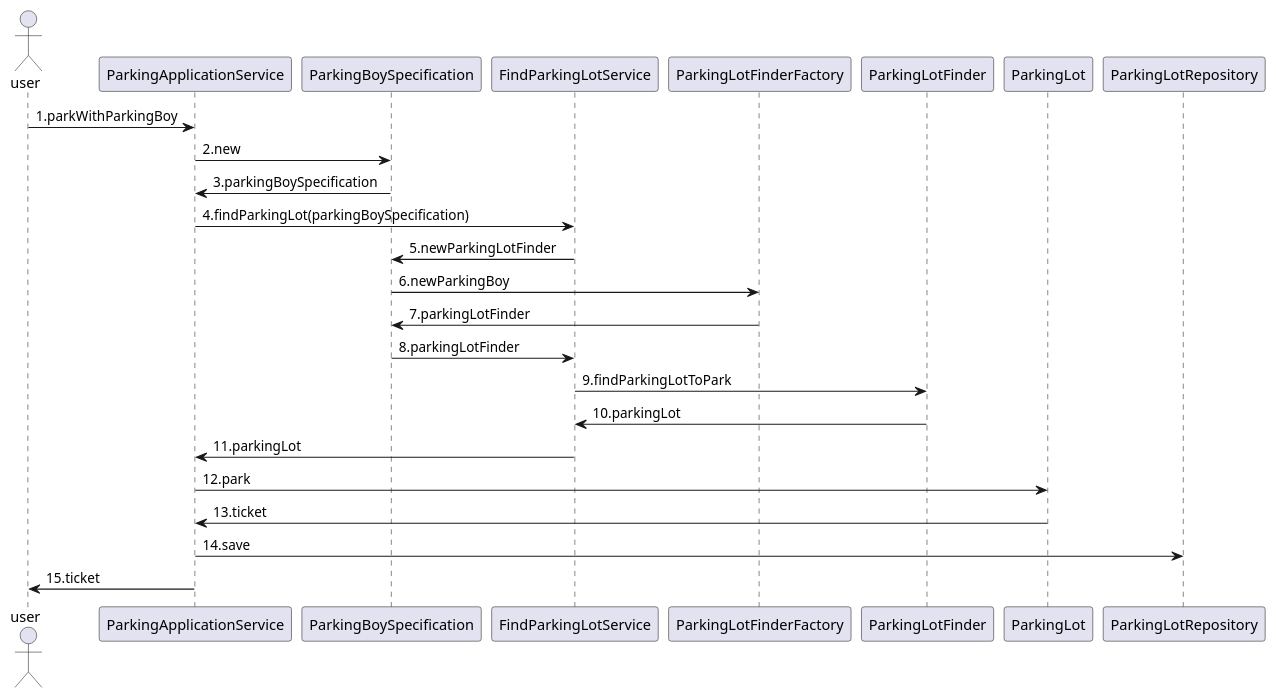
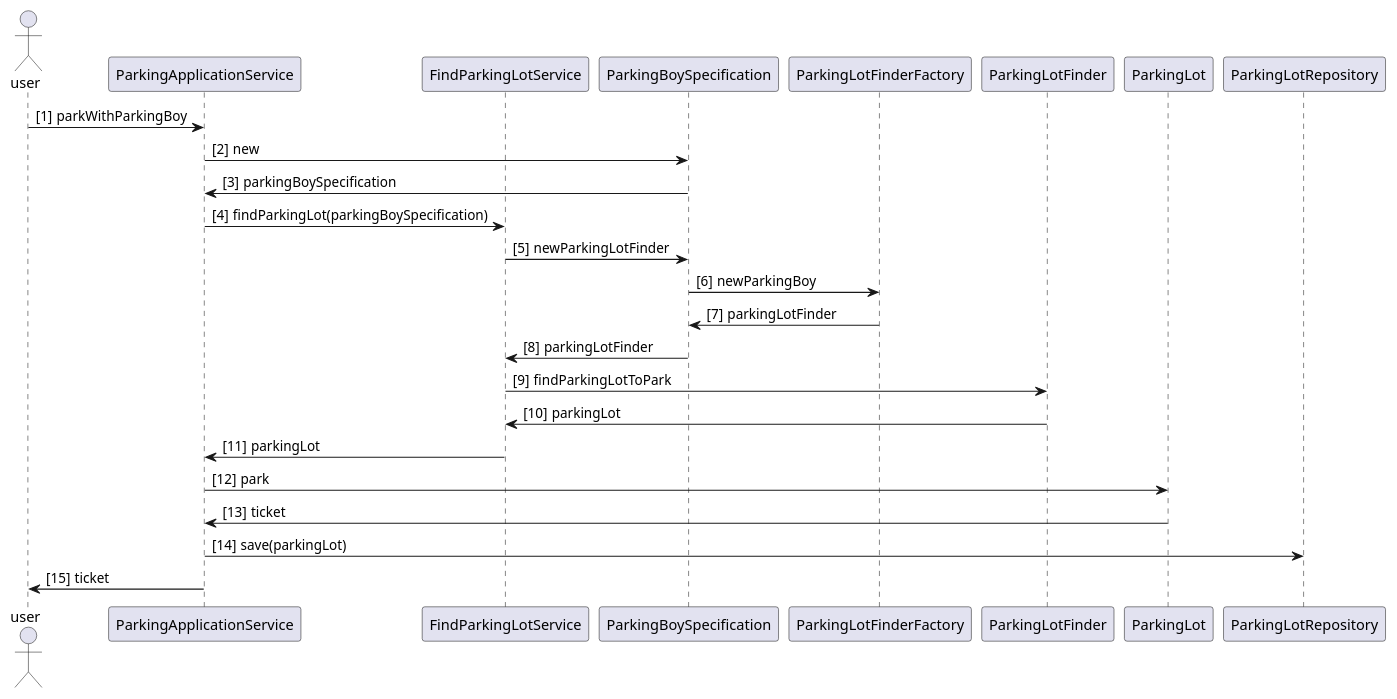
The diagram in src/main/resources/plantuml/ParkingSequence.puml (dlstonedl/ddd-practice), drawn with PlantUML before and after one commit. The commit also changed 1 other file, not shown here.

Commit message:
update sequence

```diff
--- a/src/main/resources/plantuml/ParkingSequence.puml
+++ b/src/main/resources/plantuml/ParkingSequence.puml
@@ -1,21 +1,30 @@
 @startuml
 
-actor user
-user -> ParkingApplicationService :1.parkWithParkingBoy
-ParkingApplicationService -> ParkingBoySpecification :2.new
-ParkingApplicationService <- ParkingBoySpecification :3.parkingBoySpecification
-ParkingApplicationService -> FindParkingLotService :4.findParkingLot(parkingBoySpecification)
-FindParkingLotService -> ParkingBoySpecification :5.newParkingLotFinder
-ParkingBoySpecification -> ParkingLotFinderFactory :6.newParkingBoy
-ParkingBoySpecification <- ParkingLotFinderFactory :7.parkingLotFinder
-FindParkingLotService <- ParkingBoySpecification :8.parkingLotFinder
-FindParkingLotService -> ParkingLotFinder :9.findParkingLotToPark
-FindParkingLotService <- ParkingLotFinder :10.parkingLot
-ParkingApplicationService <- FindParkingLotService :11.parkingLot
-ParkingApplicationService -> ParkingLot :12.park
-ParkingApplicationService <-  ParkingLot :13.ticket
-ParkingApplicationService -> ParkingLotRepository :14.save
-user <- ParkingApplicationService :15.ticket
+autonumber "[0]"
+actor user order 1
+participant ParkingApplicationService order 2
+participant FindParkingLotService order 3
+participant ParkingBoySpecification order 4
+participant ParkingLotFinderFactory order 5
+participant ParkingLotFinder order 6
+participant ParkingLot order 7
+participant ParkingLotRepository order 8
+
+user -> ParkingApplicationService :parkWithParkingBoy
+ParkingApplicationService -> ParkingBoySpecification :new
+ParkingApplicationService <- ParkingBoySpecification :parkingBoySpecification
+ParkingApplicationService -> FindParkingLotService :findParkingLot(parkingBoySpecification)
+FindParkingLotService -> ParkingBoySpecification :newParkingLotFinder
+ParkingBoySpecification -> ParkingLotFinderFactory :newParkingBoy
+ParkingBoySpecification <- ParkingLotFinderFactory :parkingLotFinder
+FindParkingLotService <- ParkingBoySpecification :parkingLotFinder
+FindParkingLotService -> ParkingLotFinder :findParkingLotToPark
+FindParkingLotService <- ParkingLotFinder :parkingLot
+ParkingApplicationService <- FindParkingLotService :parkingLot
+ParkingApplicationService -> ParkingLot :park
+ParkingApplicationService <-  ParkingLot :ticket
+ParkingApplicationService -> ParkingLotRepository :save(parkingLot)
+user <- ParkingApplicationService :ticket
 
 
 @enduml
```
